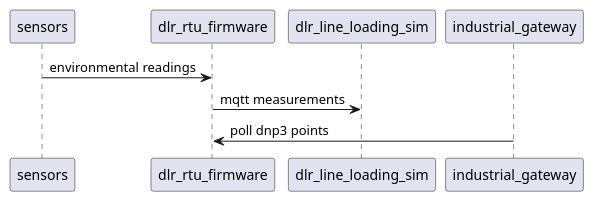
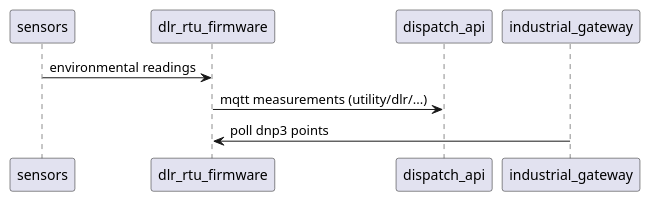
One commit to arcnode-io/dlr-rtu-firmware changed the second of 4 diagrams in readme.md. Above: the diagram before and after it, drawn with PlantUML. The commit also changed other lines of this file, not shown here.

Commit message:
📝 docs(readme): fix context diagrams -- dlr_line_loading_sim no longer applies
Not a rename fix -- the relationship itself is gone. dlr-line-loading-
sim dropped its dynamic_line_rating subscription entirely (7caabcd over
there), so this repo's real MQTT consumer today is mock-derms-dispatch-
api's DlrRatingSubscriber, over the utility/dlr/{device_id}/... topic.

Claude-Session: https://claude.ai/code/session_01G9oodV6qNjghBfbi7qXfrt

````diff
--- a/readme.md
+++ b/readme.md
@@ -64,10 +64,10 @@
 ```plantuml
 participant sensors
 participant dlr_rtu_firmware
-participant dlr_line_loading_sim
+participant dispatch_api
 participant industrial_gateway
 
 sensors -> dlr_rtu_firmware: environmental readings
-dlr_rtu_firmware -> dlr_line_loading_sim: mqtt measurements
+dlr_rtu_firmware -> dispatch_api: mqtt measurements (utility/dlr/...)
 industrial_gateway -> dlr_rtu_firmware: poll dnp3 points
 ```
````
